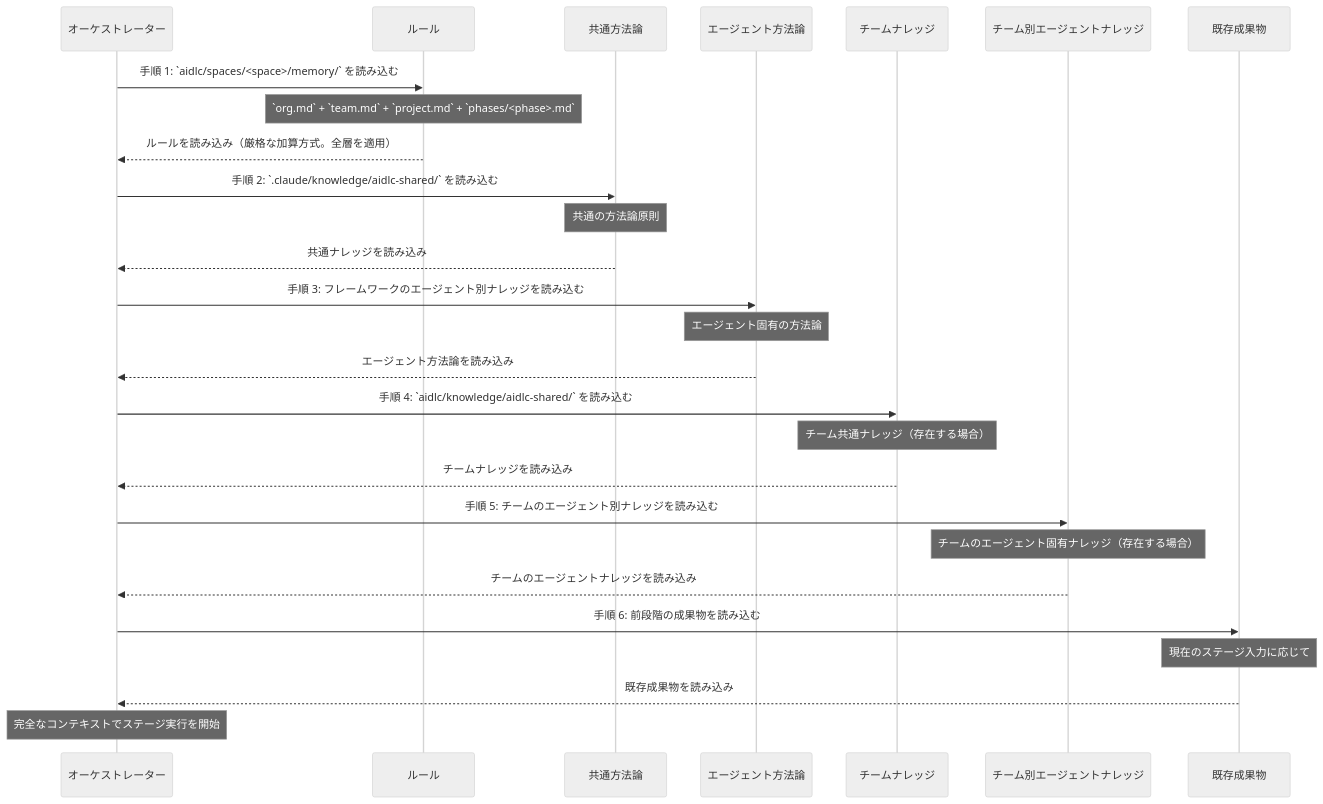
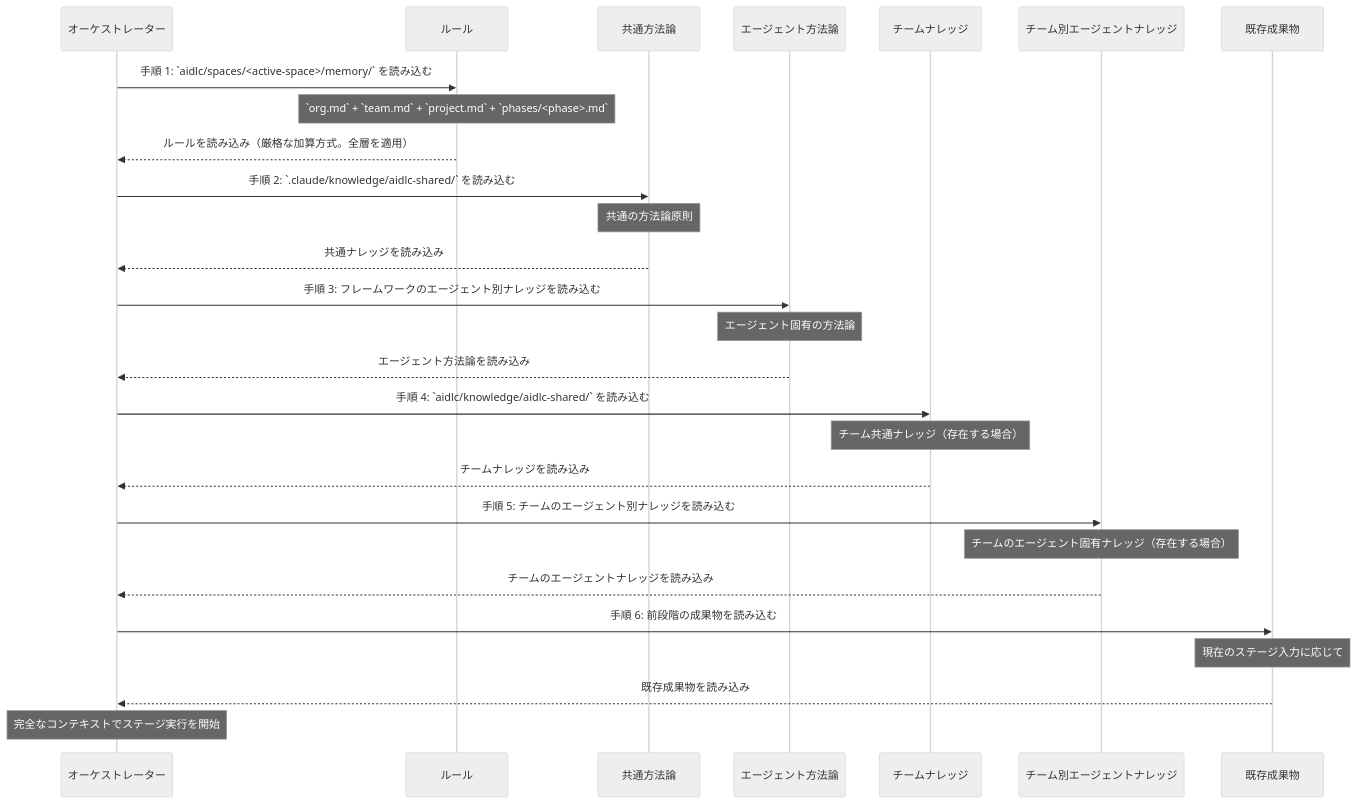
The diagram in docs/reference/10-knowledge-system.mdx (otomatty/aidlc-workflows-docs), drawn with Mermaid (neutral theme) before and after one commit. The commit also changed other lines of this file and 71 other files, not shown here.

````diff
--- a/docs/reference/10-knowledge-system.mdx
+++ b/docs/reference/10-knowledge-system.mdx
@@ -76,36 +76,36 @@
 ```mermaid
 sequenceDiagram
     participant O as オーケストレーター
     participant G as ルール
     participant SM as 共通方法論
     participant AM as エージェント方法論
     participant TK as チームナレッジ
     participant TAK as チーム別エージェントナレッジ
     participant PA as 既存成果物
 
-    O->>G: 手順 1: `aidlc/spaces/<space>/memory/` を読み込む
+    O->>G: 手順 1: `aidlc/spaces/<active-space>/memory/` を読み込む
     Note over G: `org.md` + `team.md` + `project.md` + `phases/<phase>.md`
     G-->>O: ルールを読み込み（厳格な加算方式。全層を適用）
 
     O->>SM: 手順 2: `.claude/knowledge/aidlc-shared/` を読み込む
     Note over SM: 共通の方法論原則
     SM-->>O: 共通ナレッジを読み込み
 
     O->>AM: 手順 3: フレームワークのエージェント別ナレッジを読み込む
     Note over AM: エージェント固有の方法論
     AM-->>O: エージェント方法論を読み込み
 
     O->>TK: 手順 4: `aidlc/knowledge/aidlc-shared/` を読み込む
     Note over TK: チーム共通ナレッジ（存在する場合）
     TK-->>O: チームナレッジを読み込み
 
     O->>TAK: 手順 5: チームのエージェント別ナレッジを読み込む
     Note over TAK: チームのエージェント固有ナレッジ（存在する場合）
     TAK-->>O: チームのエージェントナレッジを読み込み
 
     O->>PA: 手順 6: 前段階の成果物を読み込む
     Note over PA: 現在のステージ入力に応じて
     PA-->>O: 既存成果物を読み込み
 
     Note over O: 完全なコンテキストでステージ実行を開始
 ```
````
